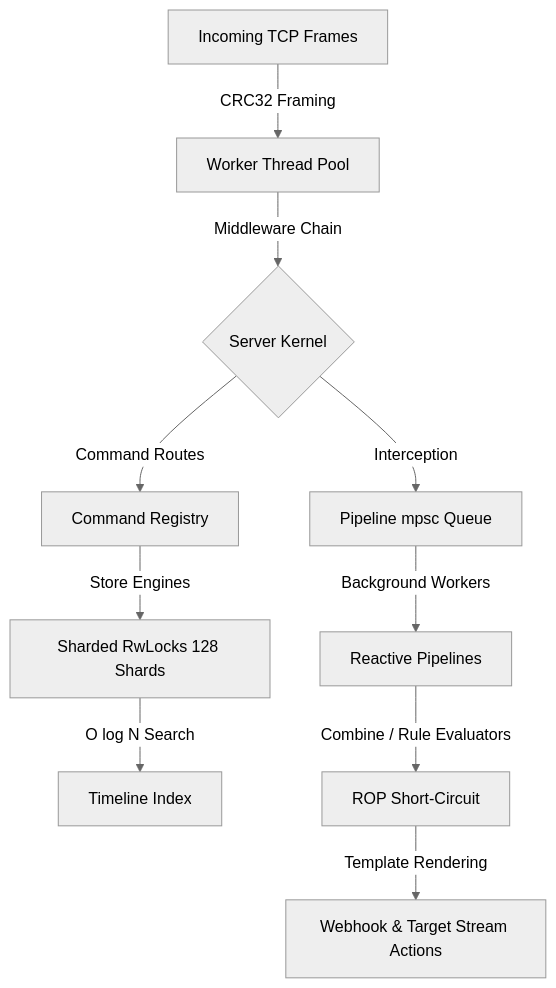
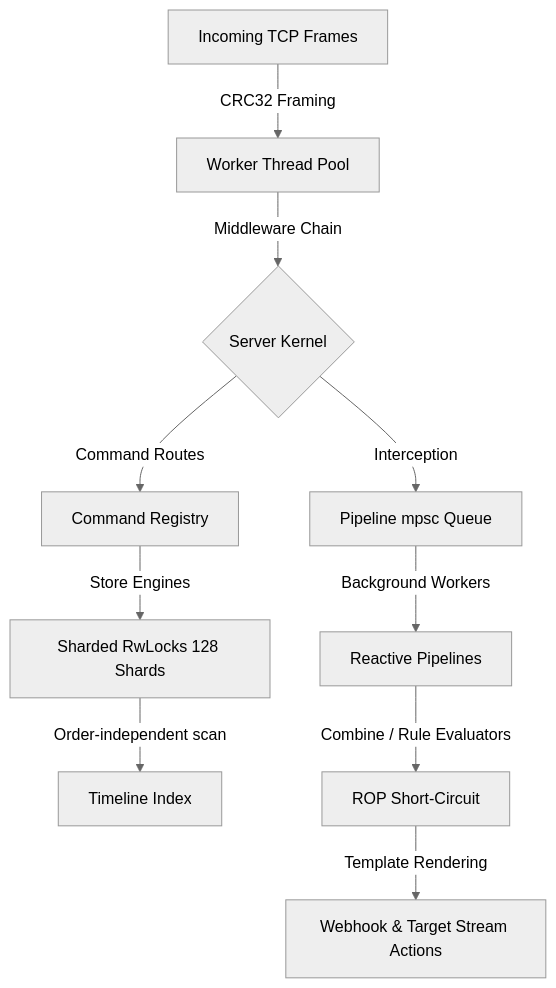
One commit to alexander-s-f/igniter-lab changed the diagram in runtime/igniter-tbackend/docs/technical_architecture.md. Above: the diagram before and after it, drawn with Mermaid (neutral theme). The commit also changed other lines of this file and 10 other files, not shown here.

````diff
--- a/runtime/igniter-tbackend/docs/technical_architecture.md
+++ b/runtime/igniter-tbackend/docs/technical_architecture.md
@@ -31,12 +31,12 @@
 ```mermaid
 graph TD
     A[Incoming TCP Frames] -->|CRC32 Framing| B[Worker Thread Pool]
     B -->|Middleware Chain| C{Server Kernel}
     C -->|Command Routes| D[Command Registry]
     C -->|Interception| E[Pipeline mpsc Queue]
     D -->|Store Engines| F[Sharded RwLocks 128 Shards]
-    F -->|O log N Search| G[Timeline Index]
+    F -->|Order-independent scan| G[Timeline Index]
     E -->|Background Workers| H[Reactive Pipelines]
     H -->|Combine / Rule Evaluators| I[ROP Short-Circuit]
     I -->|Template Rendering| J[Webhook & Target Stream Actions]
 ```
````
